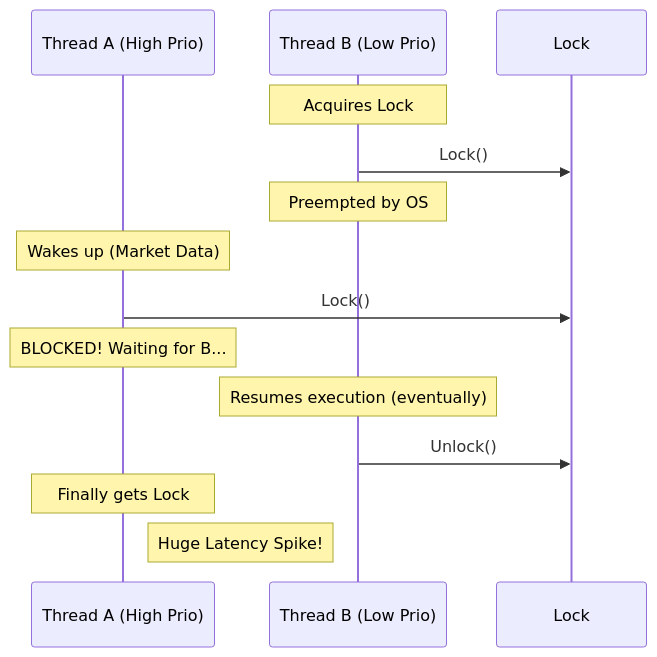
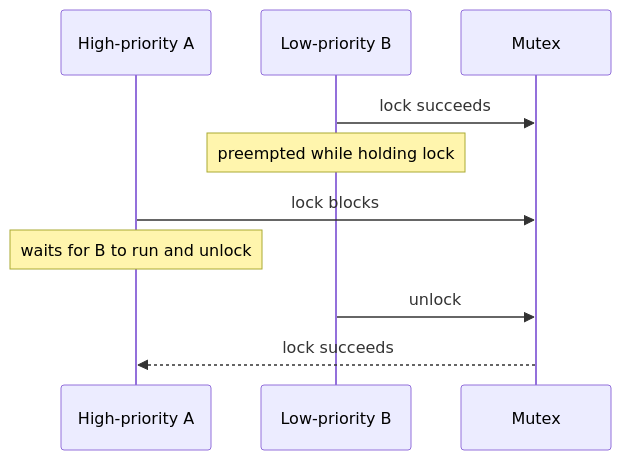
The first of 2 diagrams in src/infrastructure/lock_free.md (xizheyin/hft-book-rs), drawn with Mermaid before and after one commit. The commit also changed other lines of this file and 88 other files, not shown here.

````diff
--- a/src/infrastructure/lock_free.md
+++ b/src/infrastructure/lock_free.md
@@ -15,20 +13,13 @@
 ```mermaid
 sequenceDiagram
-    participant A as Thread A (High Prio)
-    participant B as Thread B (Low Prio)
-    participant L as Lock
-    
-    Note over B: Acquires Lock
-    B->>L: Lock()
-    Note over B: Preempted by OS
-    
-    Note over A: Wakes up (Market Data)
-    A->>L: Lock()
-    Note over A: BLOCKED! Waiting for B...
-    
-    Note over B: Resumes execution (eventually)
-    B->>L: Unlock()
-    
-    Note over A: Finally gets Lock
-    Note right of A: Huge Latency Spike!
+    participant A as High-priority A
+    participant B as Low-priority B
+    participant L as Mutex
+
+    B->>L: lock succeeds
+    Note over B: preempted while holding lock
+    A->>L: lock blocks
+    Note over A: waits for B to run and unlock
+    B->>L: unlock
+    L-->>A: lock succeeds
 ```
````
